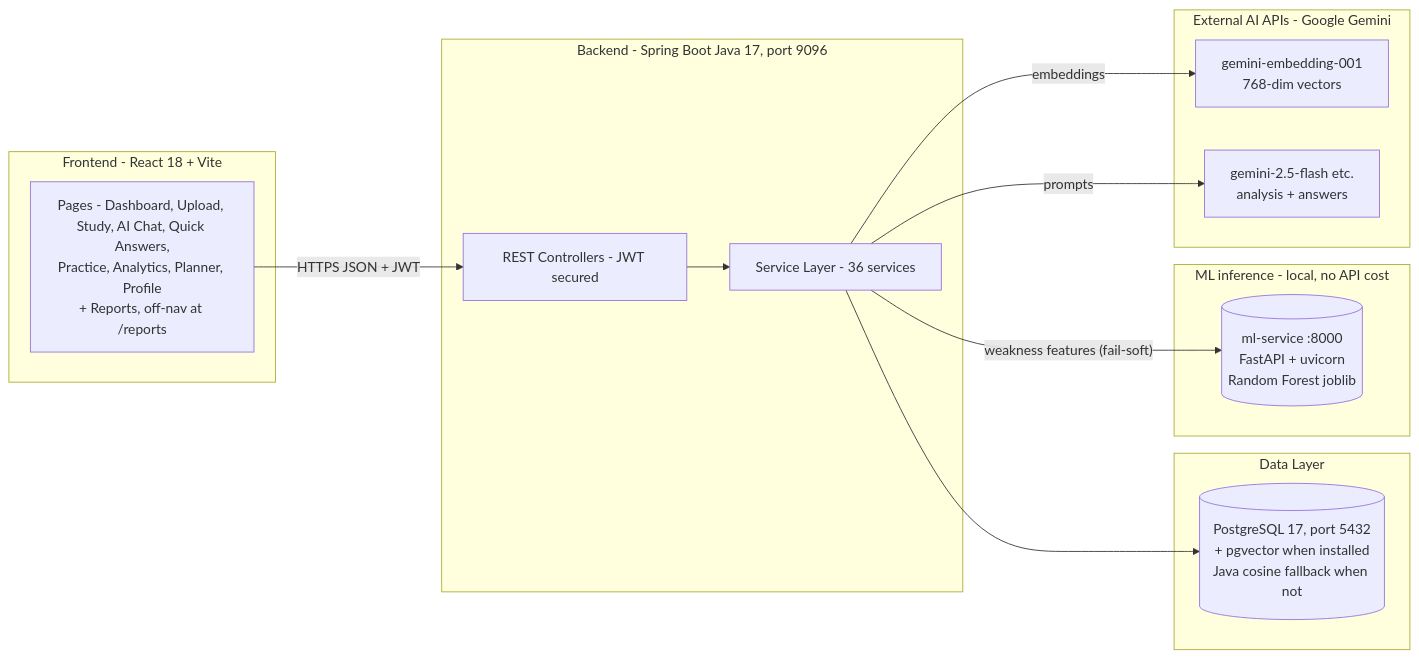
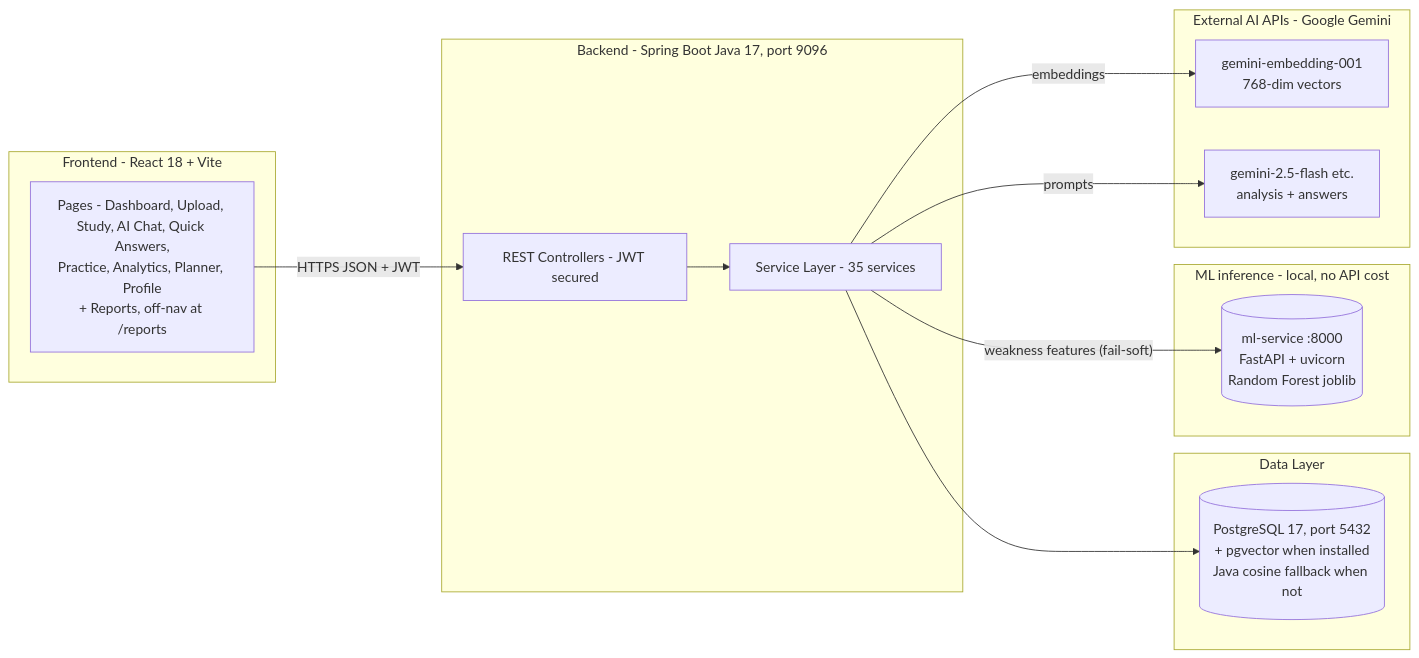
One commit to itsujwal11/aiStudyPlanner changed the first of 5 diagrams in docs/WORKFLOW.md. Above: the diagram before and after it, drawn with Mermaid. The commit also changed 2 other files, not shown here.

Commit message:
Correct service count after OllamaAiService removal
Deleting OllamaAiService took the service layer from 36 to 35; the count
was asserted in three places.

````diff
--- a/docs/WORKFLOW.md
+++ b/docs/WORKFLOW.md
@@ -14,30 +14,30 @@
 ```mermaid
 flowchart LR
     subgraph Client["Frontend - React 18 + Vite"]
         UI[Pages - Dashboard, Upload, Study, AI Chat, Quick Answers,<br/>Practice, Analytics, Planner, Profile<br/>+ Reports, off-nav at /reports]
     end
 
     subgraph Backend["Backend - Spring Boot Java 17, port 9096"]
         API[REST Controllers - JWT secured]
-        SVC[Service Layer - 36 services]
+        SVC[Service Layer - 35 services]
     end
 
     subgraph Data["Data Layer"]
         PG[("PostgreSQL 17, port 5432<br/>+ pgvector when installed<br/>Java cosine fallback when not")]
     end
 
     subgraph ML["ML inference - local, no API cost"]
         RF[("ml-service :8000<br/>FastAPI + uvicorn<br/>Random Forest joblib")]
     end
 
     subgraph External["External AI APIs - Google Gemini"]
         EMB[gemini-embedding-001<br/>768-dim vectors]
         LLM[gemini-2.5-flash etc.<br/>analysis + answers]
     end
 
     UI -->|HTTPS JSON + JWT| API
     API --> SVC --> PG
     SVC -->|"weakness features (fail-soft)"| RF
     SVC -->|embeddings| EMB
     SVC -->|prompts| LLM
 ```
````
